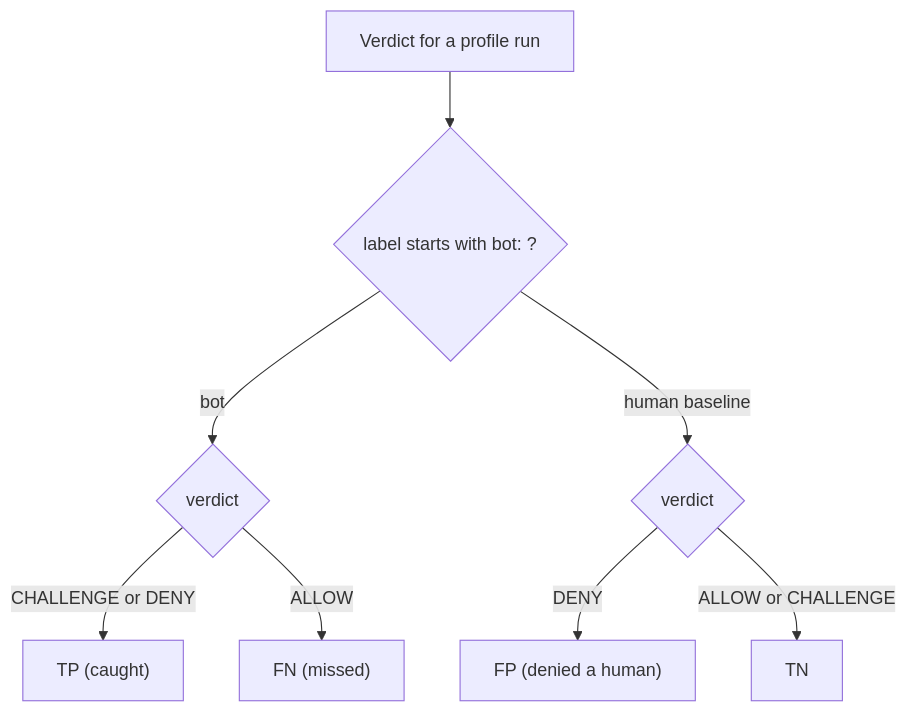
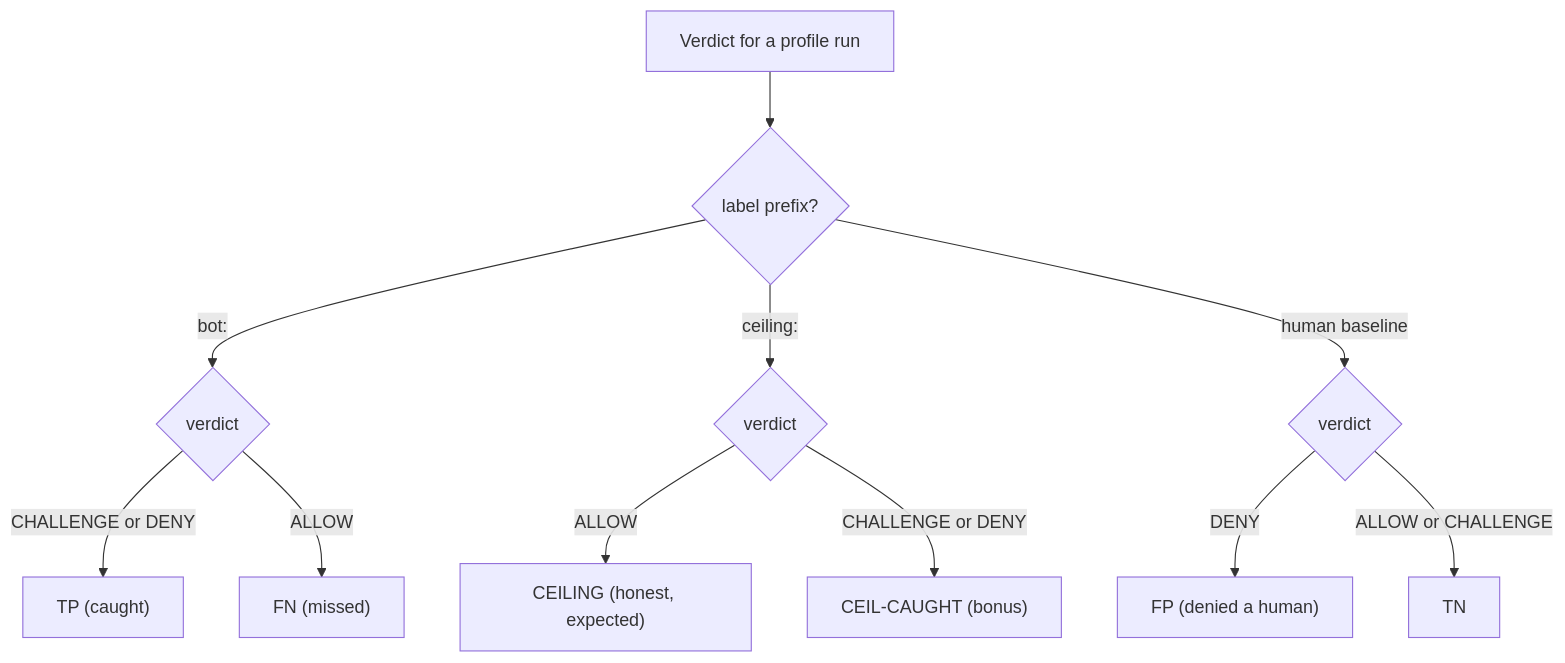
One commit to modootoday/humanymous changed the diagram in docs/explanation/red-catalog-architecture.md. Above: the diagram before and after it, drawn with Mermaid. The commit also changed other lines of this file and 23 other files, not shown here.

````diff
--- a/docs/explanation/red-catalog-architecture.md
+++ b/docs/explanation/red-catalog-architecture.md
@@ -32,12 +42,15 @@
 ```mermaid
 flowchart TD
   V["Verdict for a profile run"]
-  L{"label starts with bot: ?"}
+  L{"label prefix?"}
   V --> L
-  L -- "bot" --> BV{"verdict"}
+  L -- "bot:" --> BV{"verdict"}
+  L -- "ceiling:" --> CV{"verdict"}
   L -- "human baseline" --> HV{"verdict"}
   BV -- "CHALLENGE or DENY" --> TP["TP (caught)"]
   BV -- "ALLOW" --> FN["FN (missed)"]
+  CV -- "ALLOW" --> CEIL["CEILING (honest, expected)"]
+  CV -- "CHALLENGE or DENY" --> CC["CEIL-CAUGHT (bonus)"]
   HV -- "DENY" --> FP["FP (denied a human)"]
   HV -- "ALLOW or CHALLENGE" --> TN["TN"]
 ```
````
